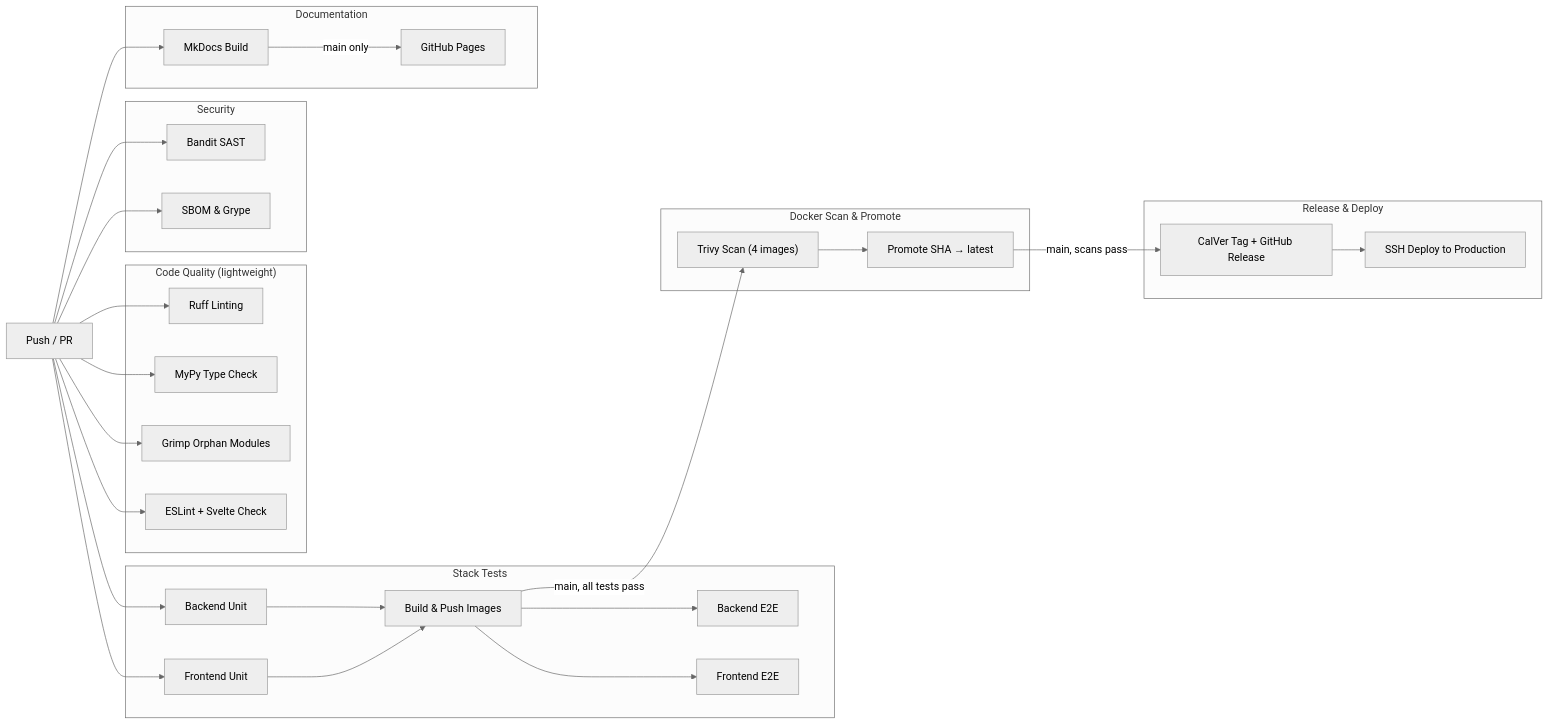
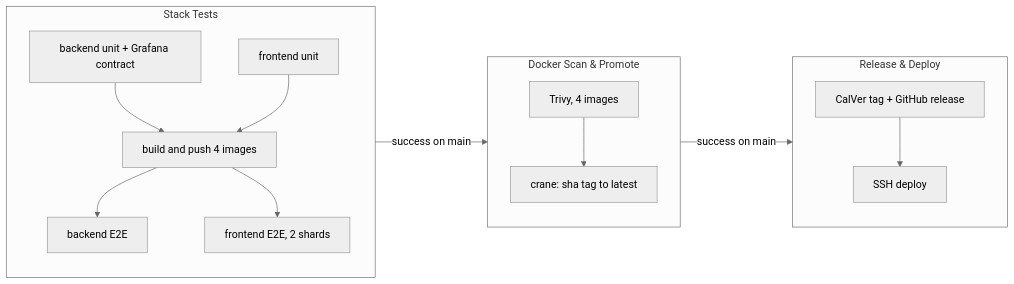
One commit to HardMax71/Integr8sCode changed the diagram in docs/operations/cicd.md. Above: the diagram before and after it, drawn with Mermaid (neutral theme). The commit also changed other lines of this file and 304 other files, not shown here.

````diff
--- a/docs/operations/cicd.md
+++ b/docs/operations/cicd.md
@@ -9,48 +5,17 @@
 ```mermaid
 graph LR
-    subgraph "Code Quality (lightweight)"
-        Ruff["Ruff Linting"]
-        MyPy["MyPy Type Check"]
-        Grimp["Grimp Orphan Modules"]
-        ESLint["ESLint + Svelte Check"]
+    subgraph ST["Stack Tests"]
+        UB["backend unit + Grafana contract"] --> Build["build and push 4 images"]
+        UF["frontend unit"] --> Build
+        Build --> EB["backend E2E"]
+        Build --> EF["frontend E2E, 2 shards"]
     end
-
-    subgraph "Security"
-        Bandit["Bandit SAST"]
-        SBOM["SBOM & Grype"]
+    subgraph DSP["Docker Scan & Promote"]
+        Scan["Trivy, 4 images"] --> Promote["crane: sha tag to latest"]
     end
-
-    subgraph "Stack Tests"
-        UnitBE["Backend Unit"]
-        UnitFE["Frontend Unit"]
-        Build["Build & Push Images"]
-        E2E_BE["Backend E2E"]
-        E2E_FE["Frontend E2E"]
-        UnitBE --> Build
-        UnitFE --> Build
-        Build --> E2E_BE
-        Build --> E2E_FE
+    subgraph RD["Release & Deploy"]
+        Release["CalVer tag + GitHub release"] --> Deploy["SSH deploy"]
     end
-
-    subgraph "Docker Scan & Promote"
-        Scan["Trivy Scan (4 images)"]
-        Promote["Promote SHA → latest"]
-        Scan --> Promote
-    end
-
-    subgraph "Release & Deploy"
-        Release["CalVer Tag + GitHub Release"]
-        Deploy["SSH Deploy to Production"]
-        Release --> Deploy
-    end
-
-    subgraph "Documentation"
-        Docs["MkDocs Build"]
-        Pages["GitHub Pages"]
-    end
-
-    Push["Push / PR"] --> Ruff & MyPy & Grimp & ESLint & Bandit & SBOM & UnitBE & UnitFE & Docs
-    Build -->|main, all tests pass| Scan
-    Promote -->|main, scans pass| Release
-    Docs -->|main only| Pages
+    ST -->|"success on main"| DSP
+    DSP -->|"success on main"| RD
 ```
````
